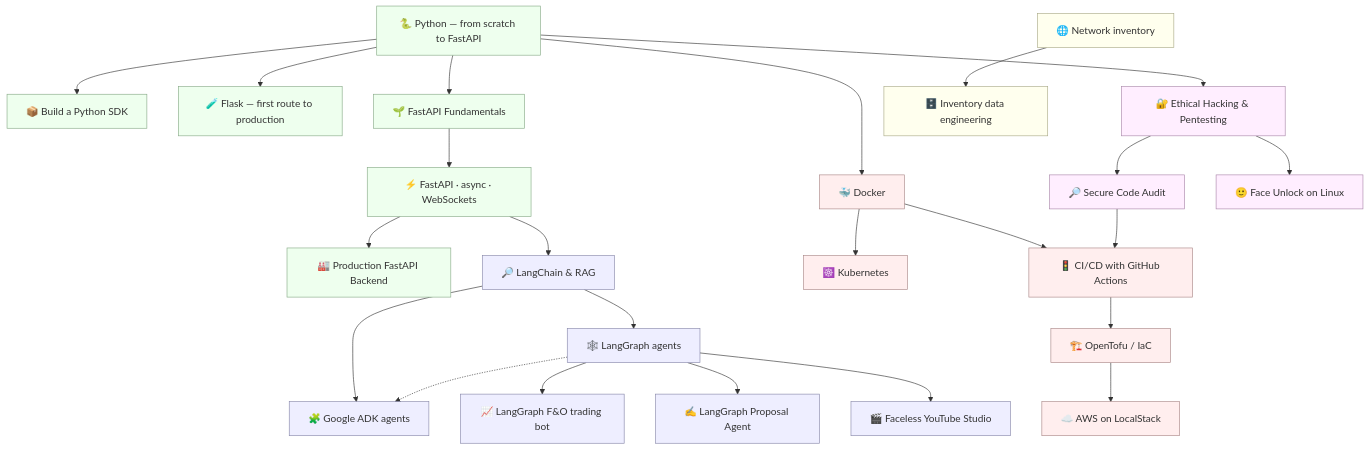
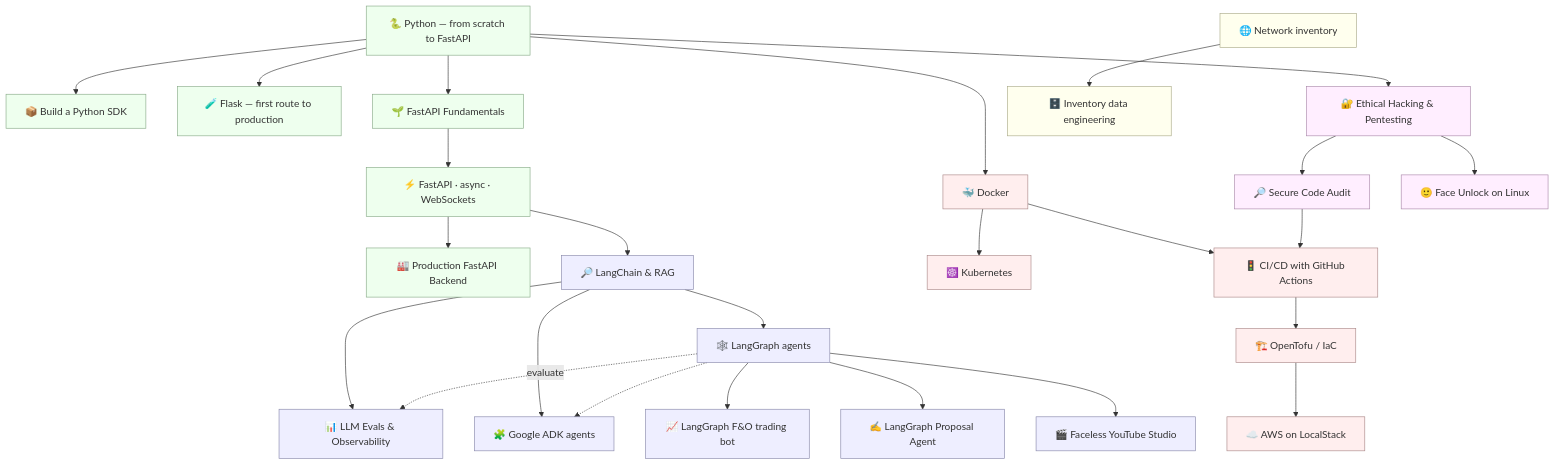
One commit to RahulHalpati/learning_docs changed the diagram in README.md. Above: the diagram before and after it, drawn with Mermaid. The commit also changed other lines of this file and 44 other files, not shown here.

First line of the commit message:
feat(llm_evals_observability): add LLM Evals & Observability course

````diff
--- a/README.md
+++ b/README.md
@@ -17,37 +17,39 @@
 ```mermaid
 flowchart TD
     PY[🐍 Python — from scratch to FastAPI]
     PY --> SDK[📦 Build a Python SDK]
     PY --> FL[🧪 Flask — first route to production]
     PY --> FUND[🌱 FastAPI Fundamentals]
     FUND --> API[⚡ FastAPI · async · WebSockets]
     API --> BE[🏭 Production FastAPI Backend]
     API --> RAG[🔎 LangChain & RAG]
+    RAG --> EV[📊 LLM Evals & Observability]
     RAG --> LG[🕸️ LangGraph agents]
     RAG --> ADK[🧩 Google ADK agents]
     LG -.-> ADK
     LG --> BOT[📈 LangGraph F&O trading bot]
     LG --> PA[✍️ LangGraph Proposal Agent]
     LG --> FYT[🎬 Faceless YouTube Studio]
+    LG -.evaluate.-> EV
     PY --> DOK[🐳 Docker]
     DOK --> K8S[☸️ Kubernetes]
     DOK --> CICD[🚦 CI/CD with GitHub Actions]
     CA --> CICD
     CICD --> TOFU[🏗️ OpenTofu / IaC]
     TOFU --> LS[☁️ AWS on LocalStack]
     PY --> EH[🔐 Ethical Hacking & Pentesting]
     EH --> CA[🔎 Secure Code Audit]
     EH --> FU[🙂 Face Unlock on Linux]
     NET[🌐 Network inventory] --> DATA[🗄️ Inventory data engineering]
 
     classDef ai fill:#eef,stroke:#88a
     classDef core fill:#efe,stroke:#8a8
     classDef infra fill:#fee,stroke:#a88
     classDef data fill:#ffe,stroke:#aa8
     classDef sec fill:#fef,stroke:#a8a
     class PY,SDK,FL,FUND,API,BE core
-    class RAG,LG,ADK,BOT,PA,FYT ai
+    class RAG,LG,ADK,EV,BOT,PA,FYT ai
     class DOK,K8S,CICD,TOFU,LS infra
     class NET,DATA data
     class EH,CA,FU sec
 ```
````
